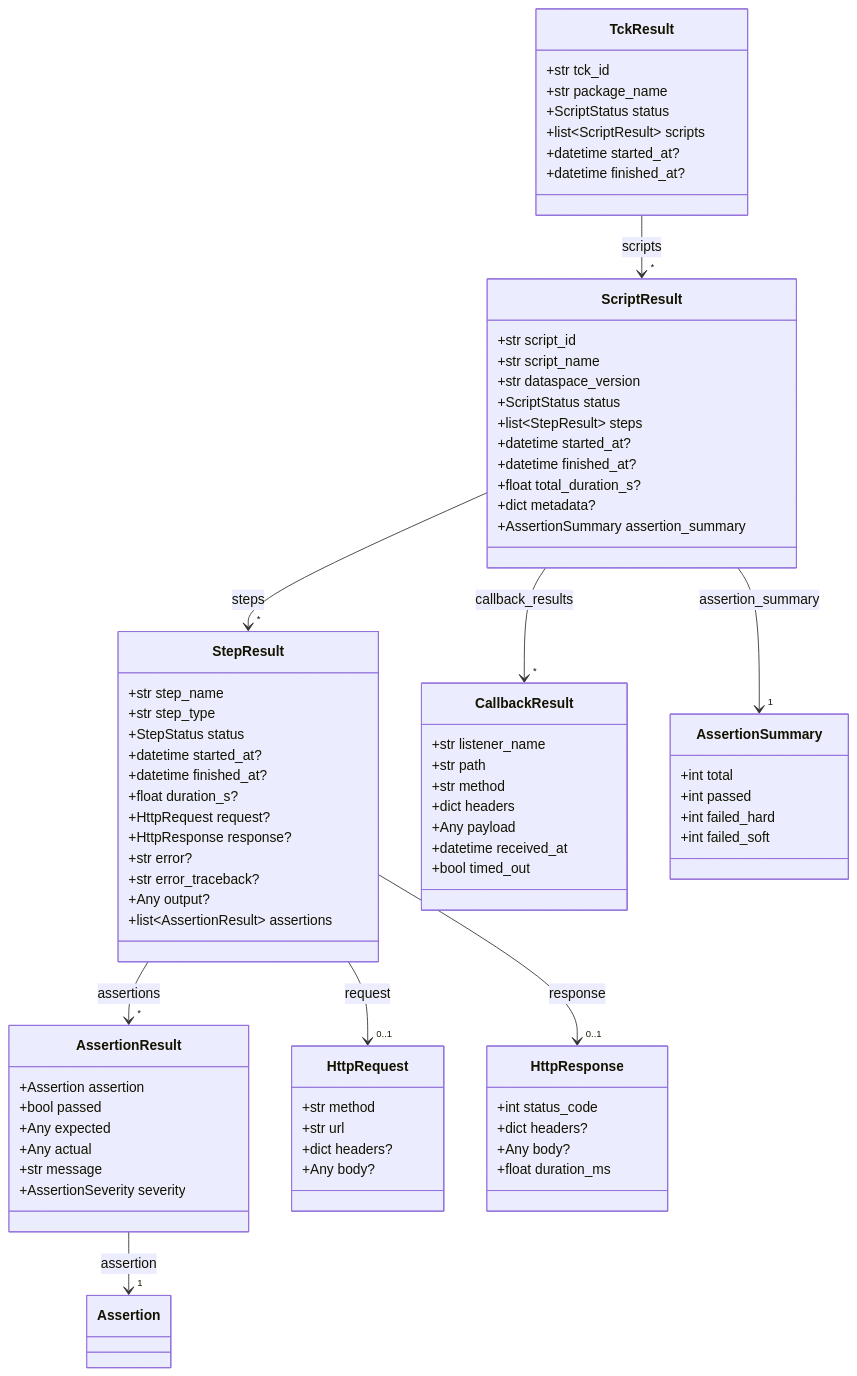
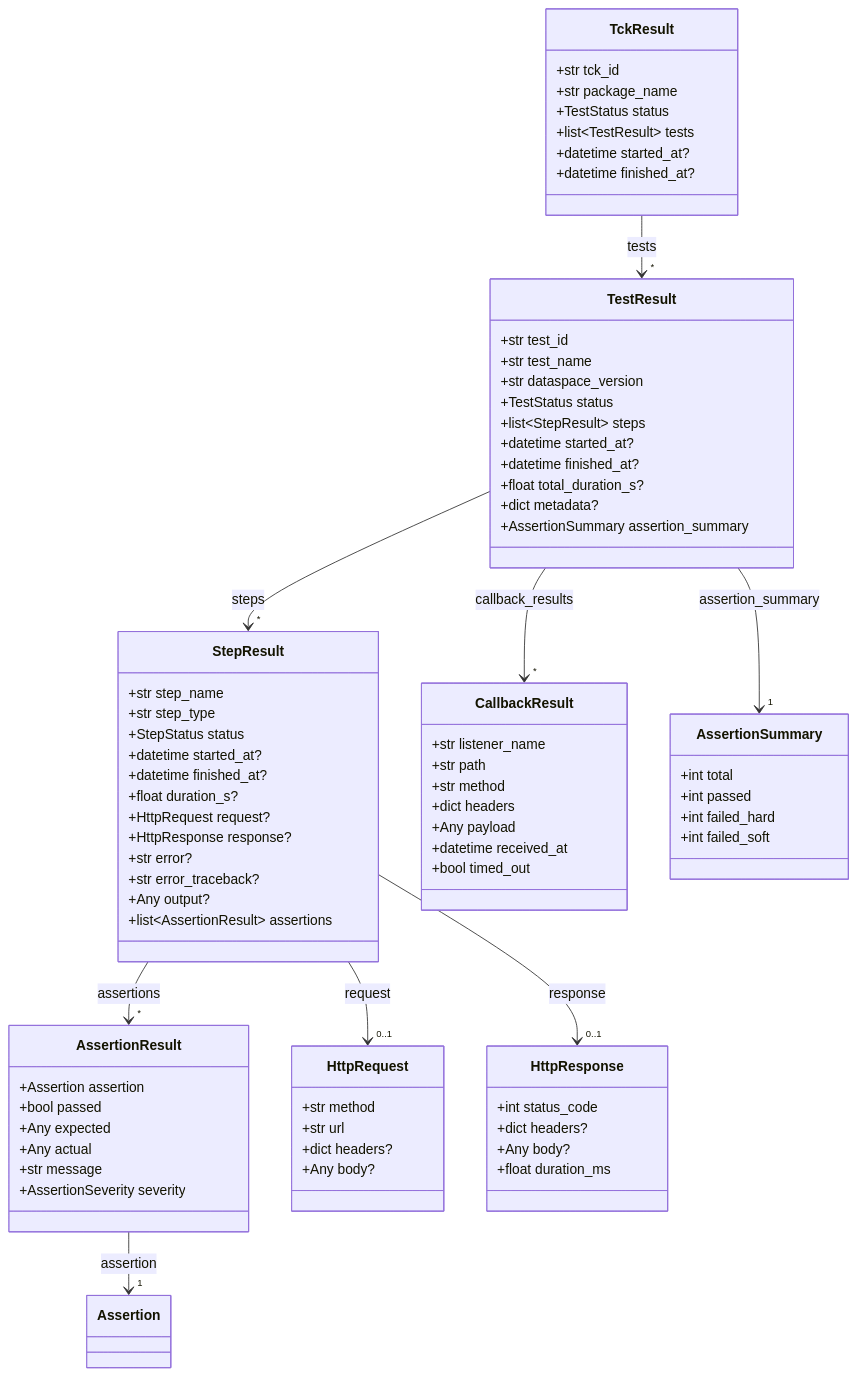
One commit to eclipse-tractusx/tractusx-testlab changed the fourth of 8 diagrams in docs/specification/specification/data-models.md. Above: the diagram before and after it, drawn with Mermaid. The commit also changed other lines of this file and 267 other files, not shown here.

First line of the commit message:
refactor: a TCK is made of tests, and the code says so

````diff
--- a/docs/specification/specification/data-models.md
+++ b/docs/specification/specification/data-models.md
@@ -325,11 +325,11 @@
         +bool timed_out
     }
 
-    class ScriptResult {
-        +str script_id
-        +str script_name
+    class TestResult {
+        +str test_id
+        +str test_name
         +str dataspace_version
-        +ScriptStatus status
+        +TestStatus status
         +list~StepResult~ steps
         +datetime started_at?
         +datetime finished_at?
@@ -348,18 +348,18 @@
     class TckResult {
         +str tck_id
         +str package_name
-        +ScriptStatus status
-        +list~ScriptResult~ scripts
+        +TestStatus status
+        +list~TestResult~ tests
         +datetime started_at?
         +datetime finished_at?
     }
 
-    ScriptResult --> "*" StepResult : steps
-    ScriptResult --> "1" AssertionSummary : assertion_summary
-    ScriptResult --> "*" CallbackResult : callback_results
+    TestResult --> "*" StepResult : steps
+    TestResult --> "1" AssertionSummary : assertion_summary
+    TestResult --> "*" CallbackResult : callback_results
     StepResult --> "0..1" HttpRequest : request
     StepResult --> "0..1" HttpResponse : response
     StepResult --> "*" AssertionResult : assertions
-    TckResult --> "*" ScriptResult : scripts
+    TckResult --> "*" TestResult : tests
     AssertionResult --> "1" Assertion : assertion
 ```
````
